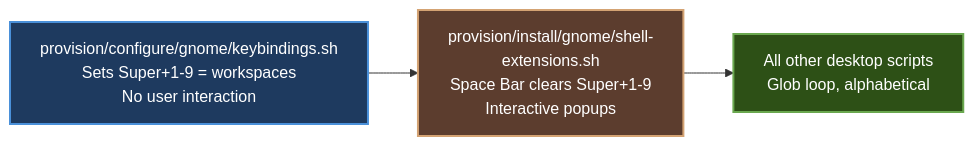
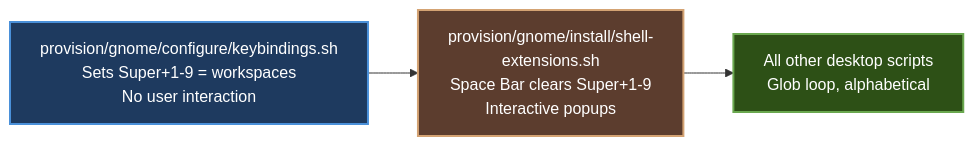
The second of 2 diagrams in CONTRIBUTING.md (itsnin/justbuntu), drawn with Mermaid before and after one commit. The commit also changed other lines of this file and 105 other files, not shown here.

````diff
--- a/CONTRIBUTING.md
+++ b/CONTRIBUTING.md
@@ -110,10 +110,10 @@
 ```mermaid
 flowchart LR
     %% Color definitions
     classDef step1 fill:#1e3a5f,stroke:#4a90d9,stroke-width:2px,color:#ffffff
     classDef step2 fill:#5c3d2e,stroke:#d4a373,stroke-width:2px,color:#ffffff
     classDef step3 fill:#2d5016,stroke:#6aa84f,stroke-width:2px,color:#ffffff
 
-    A[provision/configure/gnome/keybindings.sh<br/>Sets Super+1-9 = workspaces<br/>No user interaction]:::step1 --> B[provision/install/gnome/shell-extensions.sh<br/>Space Bar clears Super+1-9<br/>Interactive popups]:::step2
+    A[provision/gnome/configure/keybindings.sh<br/>Sets Super+1-9 = workspaces<br/>No user interaction]:::step1 --> B[provision/gnome/install/shell-extensions.sh<br/>Space Bar clears Super+1-9<br/>Interactive popups]:::step2
     B --> C[All other desktop scripts<br/>Glob loop, alphabetical]:::step3
 ```
````
